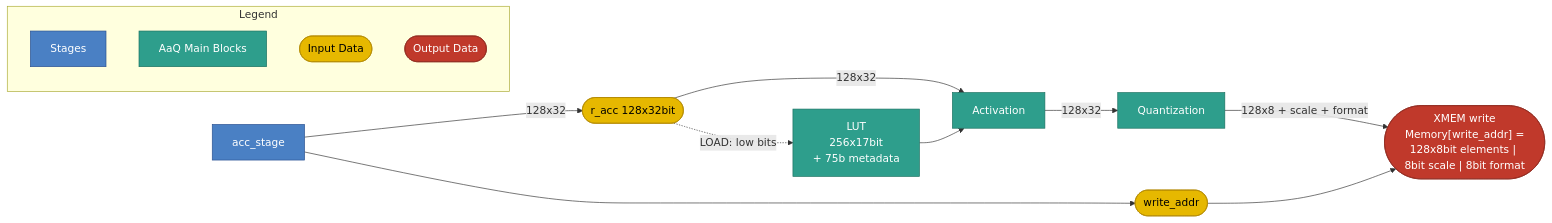
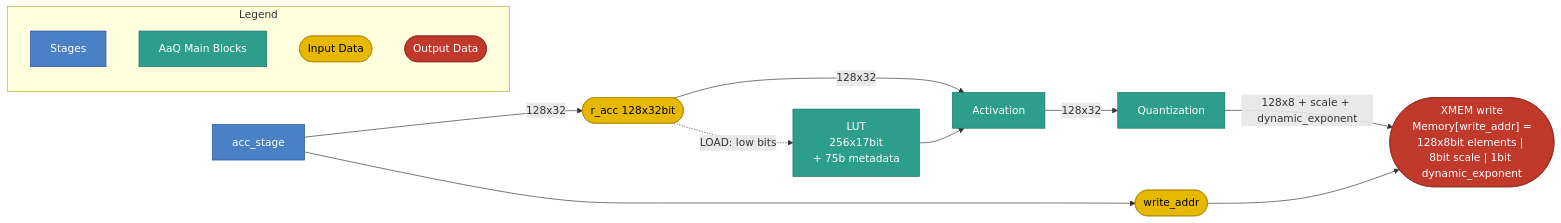
Before and after one commit to rechefe/ipu-emulator: the diagram in docs/content/specs/stage-aaq-str.md, drawn with Mermaid. The commit also changed other lines of this file, not shown here.

Commit message:
fix: update AaQ stage documentation to clarify dynamic_exponent and format field details

````diff
--- a/docs/content/specs/stage-aaq-str.md
+++ b/docs/content/specs/stage-aaq-str.md
@@ -19,31 +23,31 @@
 ```mermaid
 flowchart LR
     acc_stage:::blue
     ACC(["r_acc 128x32bit"]):::yellow
     WADDR(["write_addr"]):::yellow
-    XMEM(["XMEM write<br>Memory[write_addr] =<br>128x8bit elements | 8bit scale | 8bit format"]):::red
+    XMEM(["XMEM write<br>Memory[write_addr] =<br>128x8bit elements | 8bit scale | 1bit dynamic_exponent"]):::red
     LUT["LUT<br>256x17bit<br>+ 75b metadata"]:::teal
     ACT["Activation"]:::teal
     QUANT["Quantization"]:::teal
 
     ACC -->|128x32| ACT
     ACC -.->|LOAD: low bits| LUT
     LUT --> ACT
     ACT -->|128x32| QUANT
-    QUANT -->|128x8 + scale + format| XMEM
+    QUANT -->|128x8 + scale + dynamic_exponent| XMEM
     WADDR --> XMEM
     acc_stage --> |128x32| ACC
     acc_stage --> WADDR
 
     subgraph LEGEND["Legend"]
         L_blue["Stages"]:::blue
         L_teal["AaQ Main Blocks"]:::teal
         L_yellow(["Input Data"]):::yellow
         L_red(["Output Data"]):::red
     end
 
     classDef blue fill:#4a80c4,stroke:#2a5090,color:#fff
     classDef teal fill:#2e9e8c,stroke:#1a7060,color:#fff
     classDef yellow fill:#e6b800,stroke:#b38a00,color:#000
     classDef red fill:#c0392b,stroke:#922b21,color:#fff
 ```
````
